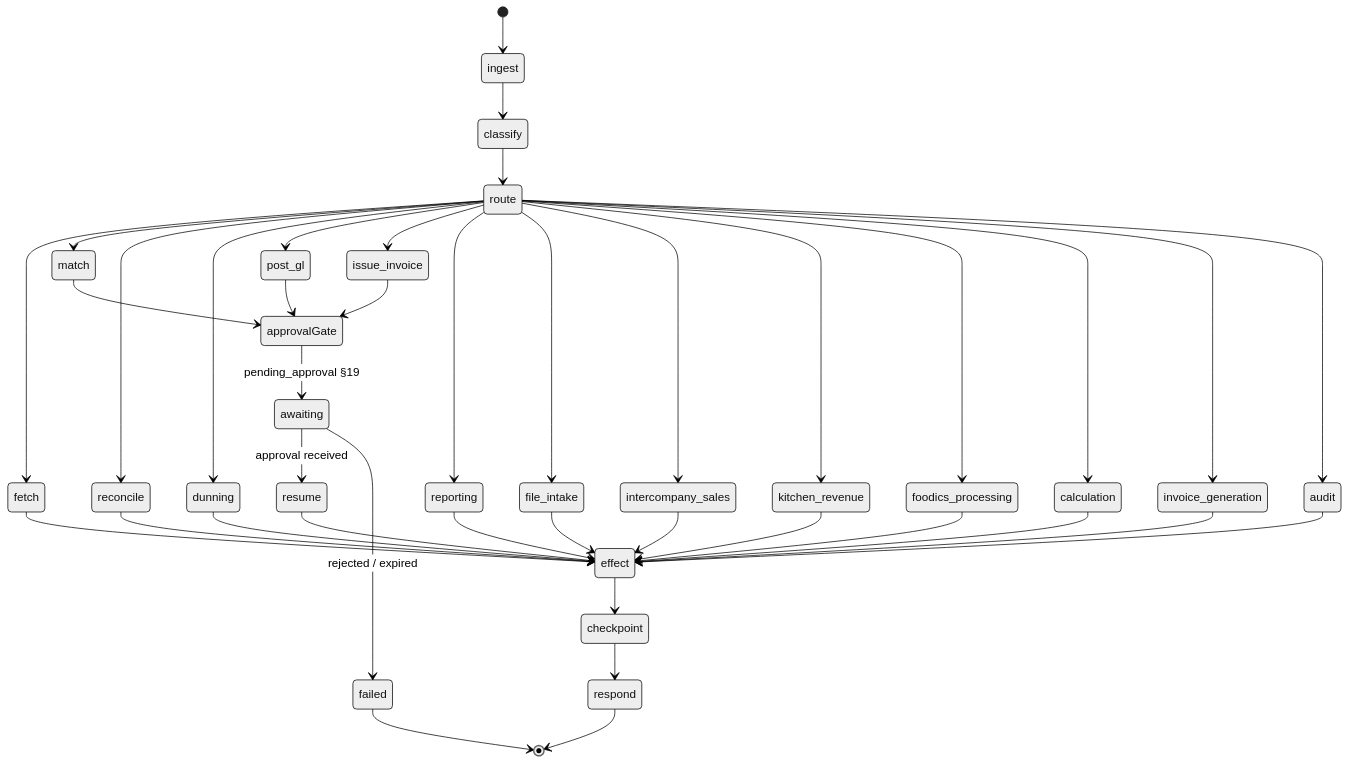
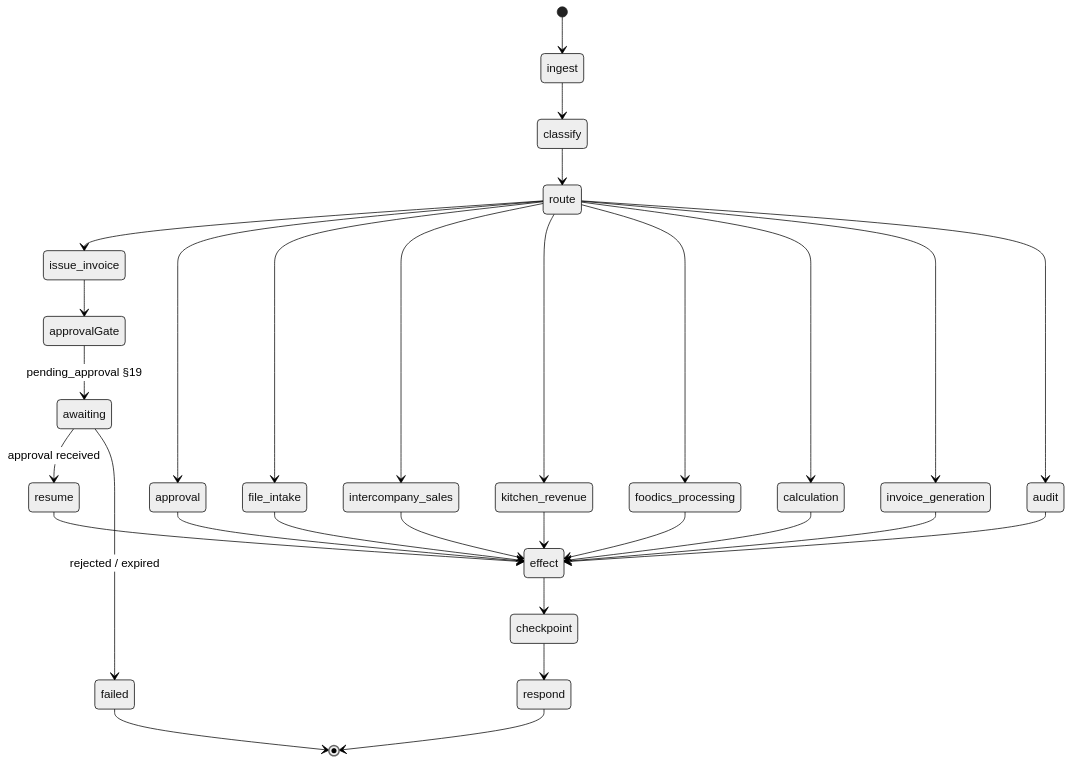
One commit to ugenkudupudiqbnox/ai-platform changed the third of 10 diagrams in docs/cosmic-ar-architecture.md. Above: the diagram before and after it, drawn with Mermaid (neutral theme). The commit also changed other lines of this file and 55 other files, not shown here.

````diff
--- a/docs/cosmic-ar-architecture.md
+++ b/docs/cosmic-ar-architecture.md
@@ -285,42 +281,32 @@
 ```mermaid
 stateDiagram-v2
   [*] --> ingest
   ingest --> classify
   classify --> route
-  route --> fetch
-  route --> match
-  route --> reconcile
-  route --> dunning
-  route --> post_gl
   route --> issue_invoice
-  route --> reporting
+  route --> approval
   route --> file_intake
   route --> intercompany_sales
   route --> kitchen_revenue
   route --> foodics_processing
   route --> calculation
   route --> invoice_generation
   route --> audit
-  match --> approvalGate
-  post_gl --> approvalGate
   issue_invoice --> approvalGate
   approvalGate --> awaiting: pending_approval §19
   awaiting --> resume: approval received
   resume --> effect
-  fetch --> effect
   file_intake --> effect
   intercompany_sales --> effect
   kitchen_revenue --> effect
   foodics_processing --> effect
   calculation --> effect
   invoice_generation --> effect
   audit --> effect
-  reconcile --> effect
-  dunning --> effect
-  reporting --> effect
+  approval --> effect
   effect --> checkpoint
   checkpoint --> respond
   respond --> [*]
   awaiting --> failed: rejected / expired
   failed --> [*]
 ```
````
